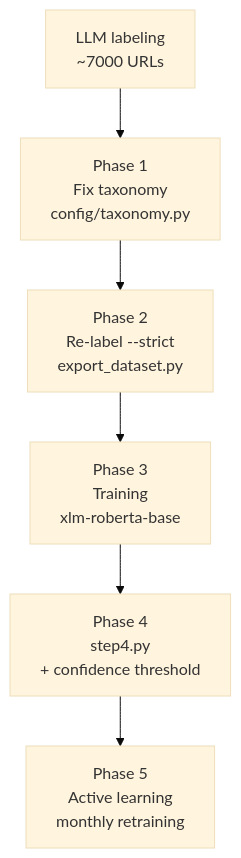
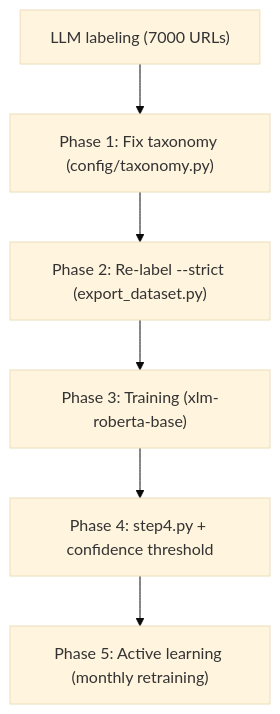
Before and after one commit to ioncat/web-page-classifier: the third of 4 diagrams in README.md, drawn with Mermaid (base theme). The commit also changed other lines of this file, not shown here.

Commit message:
fix: replace <br/> with text in Mermaid diagrams for GitHub compatibility

````diff
--- a/README.md
+++ b/README.md
@@ -120,8 +120,8 @@
 ```mermaid
 flowchart TD
-    A["LLM labeling<br/>~7000 URLs"] --> B["Phase 1<br/>Fix taxonomy<br/>config/taxonomy.py"]
-    B --> C["Phase 2<br/>Re-label --strict<br/>export_dataset.py"]
-    C --> D["Phase 3<br/>Training<br/>xlm-roberta-base"]
-    D --> E["Phase 4<br/>step4.py<br/>+ confidence threshold"]
-    E --> F["Phase 5<br/>Active learning<br/>monthly retraining"]
+    A["LLM labeling (7000 URLs)"] --> B["Phase 1: Fix taxonomy (config/taxonomy.py)"]
+    B --> C["Phase 2: Re-label --strict (export_dataset.py)"]
+    C --> D["Phase 3: Training (xlm-roberta-base)"]
+    D --> E["Phase 4: step4.py + confidence threshold"]
+    E --> F["Phase 5: Active learning (monthly retraining)"]
 ```
````
